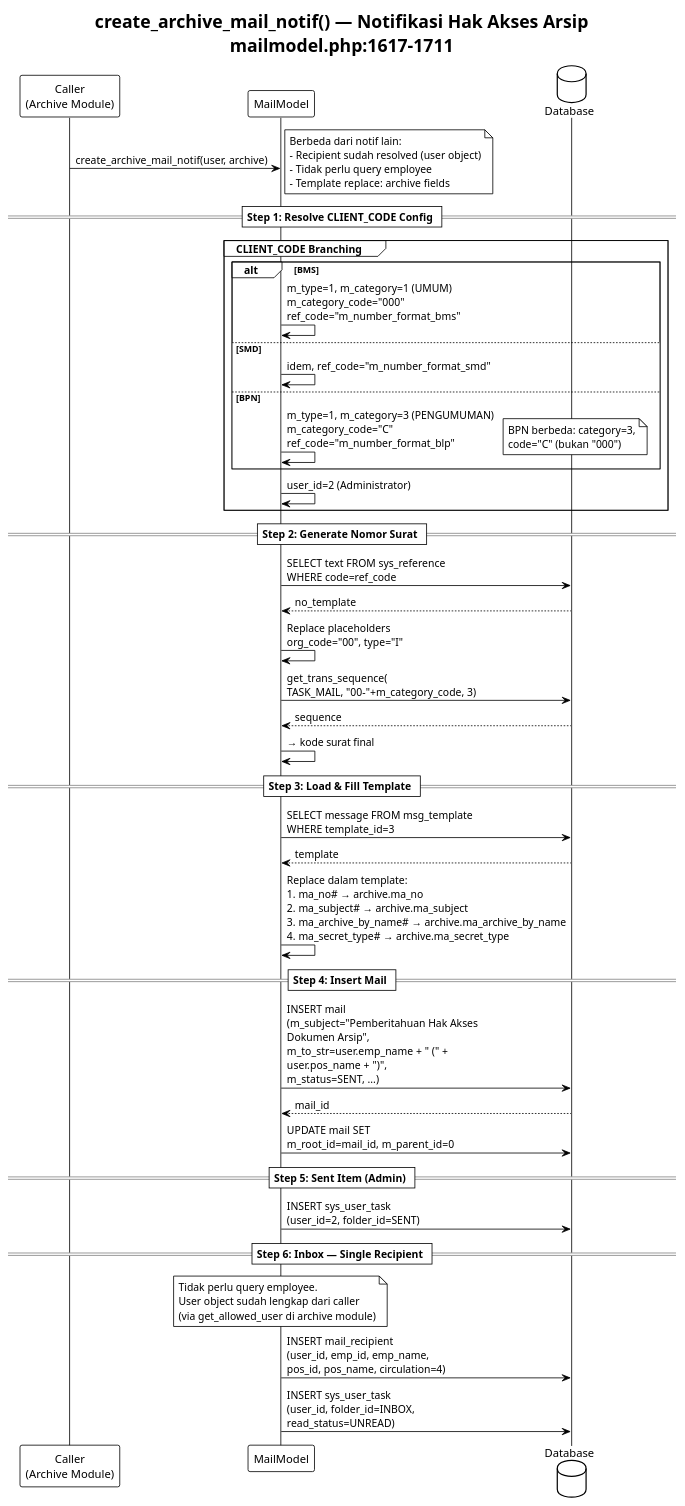
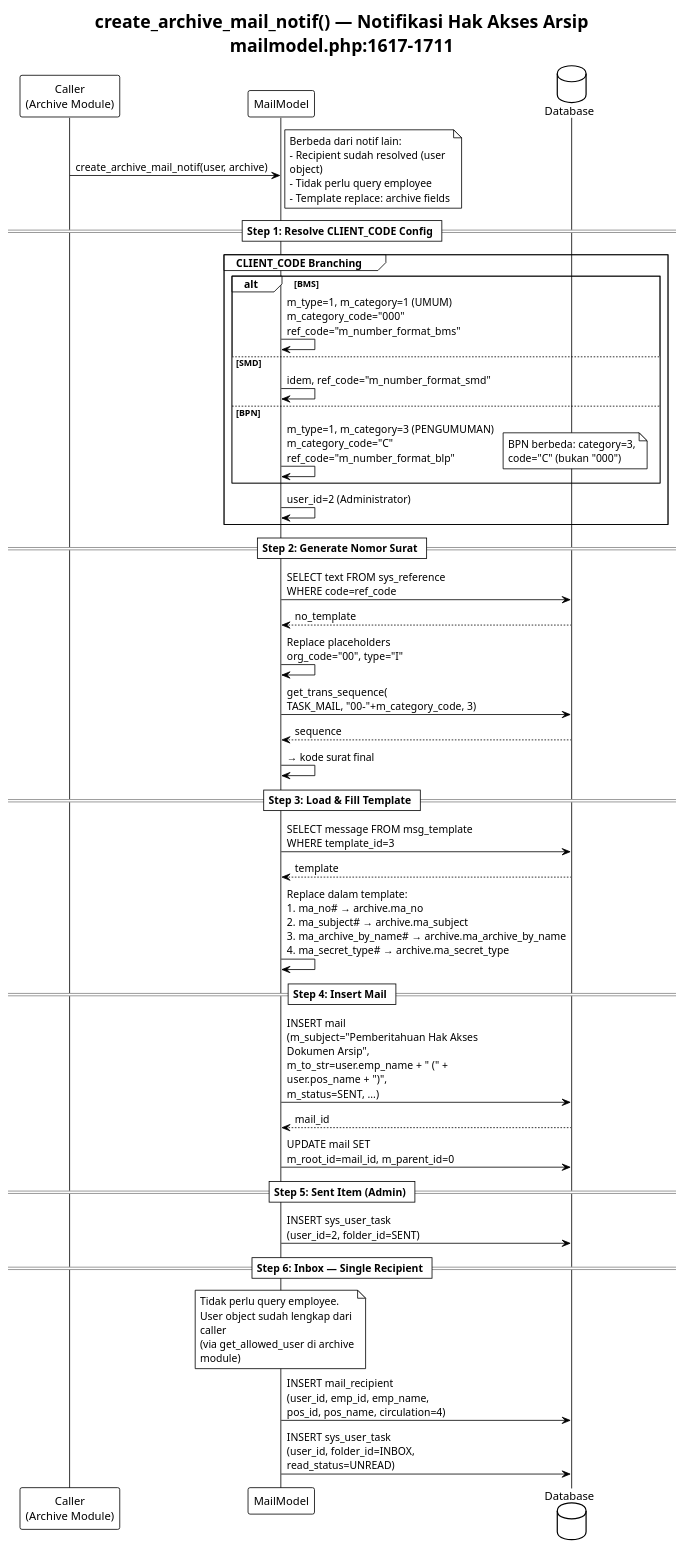
Before and after one commit to kentoespdam/smartoffice-migration-docs: the diagram in docs-v2/business-logic/planuml/puml/mail-notif-archive.puml, drawn with PlantUML. The commit also changed 23 other files, not shown here.

```diff
--- a/docs-v2/business-logic/planuml/puml/mail-notif-archive.puml
+++ b/docs-v2/business-logic/planuml/puml/mail-notif-archive.puml
@@ -1,73 +1,75 @@
-@startuml
+@startuml mail-notif-archive
 !theme plain
+skinparam shadowing false
+skinparam wrapWidth 220
 title create_archive_mail_notif() — Notifikasi Hak Akses Arsip\nmailmodel.php:1617-1711
 
 participant "Caller\n(Archive Module)" as Caller
 participant "MailModel" as Model
 database "Database" as DB
 
 Caller -> Model : create_archive_mail_notif(user, archive)
 note right
   Berbeda dari notif lain:
   - Recipient sudah resolved (user object)
   - Tidak perlu query employee
   - Template replace: archive fields
 end note
 
 == Step 1: Resolve CLIENT_CODE Config ==
 
 group CLIENT_CODE Branching
   alt BMS
     Model -> Model : m_type=1, m_category=1 (UMUM)\nm_category_code="000"\nref_code="m_number_format_bms"
   else SMD
     Model -> Model : idem, ref_code="m_number_format_smd"
   else BPN
     Model -> Model : m_type=1, m_category=3 (PENGUMUMAN)\nm_category_code="C"\nref_code="m_number_format_blp"
     note right
       BPN berbeda: category=3,
       code="C" (bukan "000")
     end note
   end
   Model -> Model : user_id=2 (Administrator)
 end
 
 == Step 2: Generate Nomor Surat ==
 
 Model -> DB : SELECT text FROM sys_reference\nWHERE code=ref_code
 DB --> Model : no_template
 Model -> Model : Replace placeholders\norg_code="00", type="I"
 Model -> DB : get_trans_sequence(\nTASK_MAIL, "00-"+m_category_code, 3)
 DB --> Model : sequence
 Model -> Model : → kode surat final
 
 == Step 3: Load & Fill Template ==
 
 Model -> DB : SELECT message FROM msg_template\nWHERE template_id=3
 DB --> Model : template
 
 Model -> Model : Replace dalam template:\n#ma_no# → archive.ma_no\n#ma_subject# → archive.ma_subject\n#ma_archive_by_name# → archive.ma_archive_by_name\n#ma_secret_type# → archive.ma_secret_type
 
 == Step 4: Insert Mail ==
 
 Model -> DB : INSERT mail\n(m_subject="Pemberitahuan Hak Akses\nDokumen Arsip",\nm_to_str=user.emp_name + " (" +\nuser.pos_name + ")",\nm_status=SENT, ...)
 DB --> Model : mail_id
 
 Model -> DB : UPDATE mail SET\nm_root_id=mail_id, m_parent_id=0
 
 == Step 5: Sent Item (Admin) ==
 
 Model -> DB : INSERT sys_user_task\n(user_id=2, folder_id=SENT)
 
 == Step 6: Inbox — Single Recipient ==
 
 note over Model
   Tidak perlu query employee.
   User object sudah lengkap dari caller
   (via get_allowed_user di archive module)
 end note
 
 Model -> DB : INSERT mail_recipient\n(user_id, emp_id, emp_name,\npos_id, pos_name, circulation=4)
 
 Model -> DB : INSERT sys_user_task\n(user_id, folder_id=INBOX,\nread_status=UNREAD)
 
 @enduml
```
